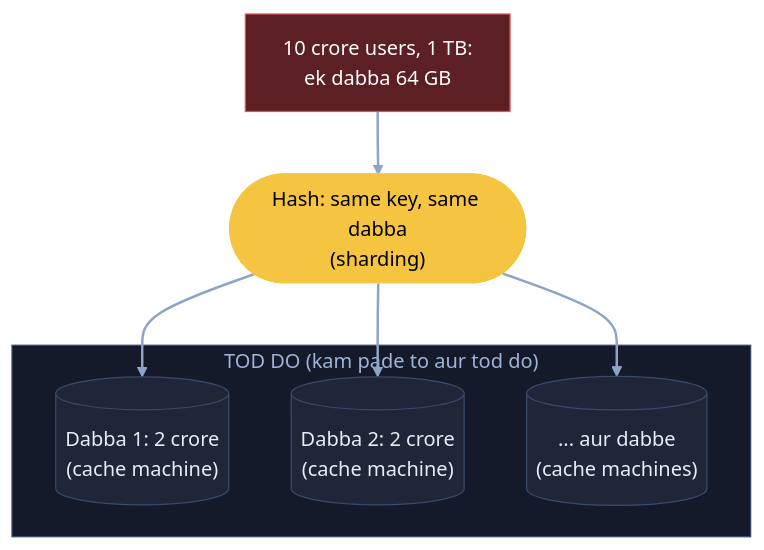
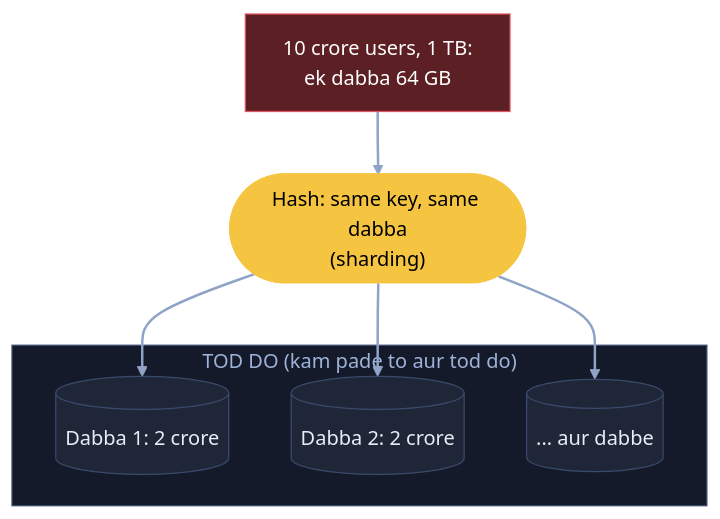
One commit to ArpanMaheshwari144/Prep changed the third of 7 diagrams in 04_HLD/SYSTEM_DESIGNS/10_distributed_cache/10_distributed_cache.md. Above: the diagram before and after it, drawn with Mermaid (forest theme). The commit also changed other lines of this file and 20 other files, not shown here.

Commit message:
Diagram: sirf hand notes wale naam rahe (66 apne joda naam hataye); README 22-Nov tak update

````diff
--- a/04_HLD/SYSTEM_DESIGNS/10_distributed_cache/10_distributed_cache.md
+++ b/04_HLD/SYSTEM_DESIGNS/10_distributed_cache/10_distributed_cache.md
@@ -124,20 +124,20 @@
 ```mermaid
 flowchart TB
     X["10 crore users, 1 TB:<br/>ek dabba 64 GB"]:::bad
     H(["Hash: same key, same dabba<br/>(sharding)"]):::pill
     subgraph TD["TOD DO (kam pade to aur tod do)"]
-        M1[("Dabba 1: 2 crore<br/>(cache machine)")]:::card
-        M2[("Dabba 2: 2 crore<br/>(cache machine)")]:::card
-        MN[("... aur dabbe<br/>(cache machines)")]:::card
+        M1[("Dabba 1: 2 crore")]:::card
+        M2[("Dabba 2: 2 crore")]:::card
+        MN[("... aur dabbe")]:::card
     end
     X --> H
     H --> M1
     H --> M2
     H --> MN
     linkStyle default stroke:#8fa3c7,stroke-width:2px
     classDef card fill:#1e2638,stroke:#3a4a6b,color:#e8ecf5
     classDef pill fill:#f5c542,stroke:#f5c542,color:#000
     classDef good fill:#2e7d4f,stroke:#3fbf6f,color:#fff
     classDef bad fill:#5c1f24,stroke:#e05561,color:#fff
     style TD fill:#141a29,stroke:#3a4a6b,color:#9fb3d9
 ```
````
